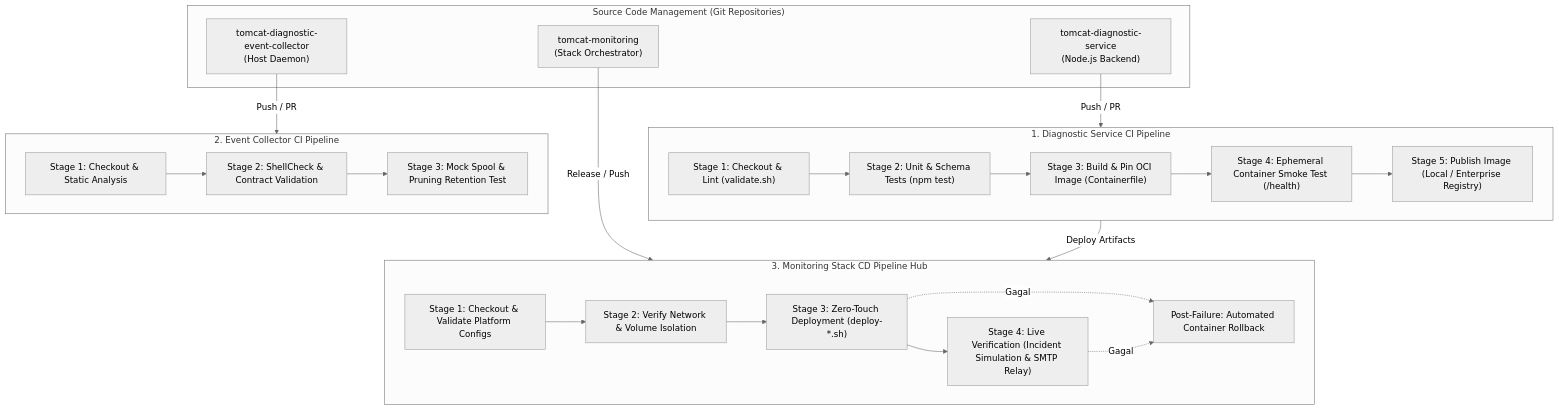
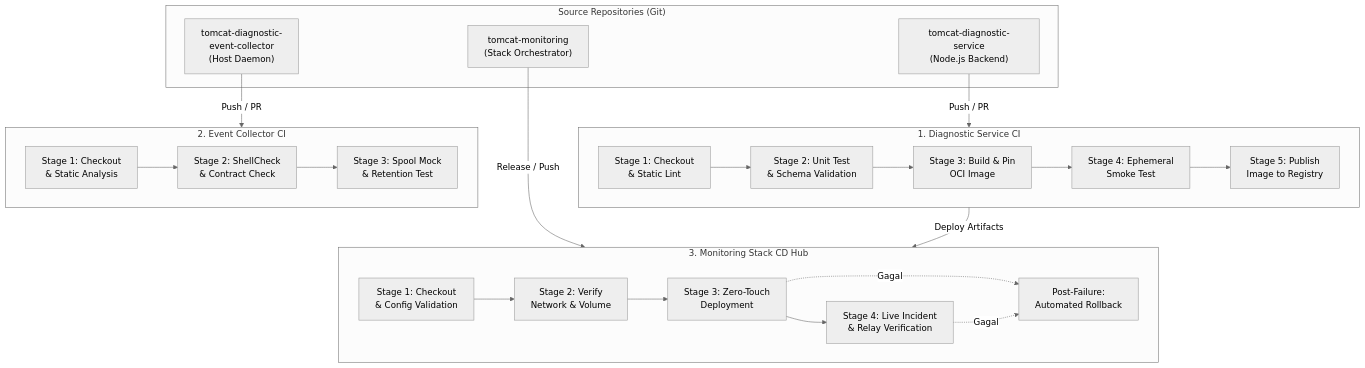
Before and after one commit to edkas07-oss/devops-handbook: the diagram in docs/adr/tomcat-monitoring/adr-records/TM-ADR-0024.md, drawn with Mermaid (neutral theme). The commit also changed other lines of this file and 5 other files, not shown here.

Commit message:
docs(journal): polish mermaid box labels, headings, and roadmap numbering in ci-cd journals

````diff
--- a/docs/adr/tomcat-monitoring/adr-records/TM-ADR-0024.md
+++ b/docs/adr/tomcat-monitoring/adr-records/TM-ADR-0024.md
@@ -86,40 +86,40 @@
 ```mermaid
 flowchart TD
-    subgraph SCM["Source Code Management (Git Repositories)"]
+    subgraph SCM["Source Repositories (Git)"]
         RepoDS["tomcat-diagnostic-service<br/>(Node.js Backend)"]
-        RepoEC["tomcat-diagnostic-event-collector<br/>(Host Daemon)"]
+        RepoEC["tomcat-diagnostic-<br/>event-collector<br/>(Host Daemon)"]
         RepoTM["tomcat-monitoring<br/>(Stack Orchestrator)"]
     end
 
-    subgraph CI_DS["1. Diagnostic Service CI Pipeline"]
-        DS1["Stage 1: Checkout & Lint (validate.sh)"]
-        DS2["Stage 2: Unit & Schema Tests (npm test)"]
-        DS3["Stage 3: Build & Pin OCI Image (Containerfile)"]
-        DS4["Stage 4: Ephemeral Container Smoke Test (/health)"]
-        DS5["Stage 5: Publish Image (Local / Enterprise Registry)"]
+    subgraph CI_DS["1. Diagnostic Service CI"]
+        DS1["Stage 1: Checkout<br/>& Static Lint"]
+        DS2["Stage 2: Unit Test<br/>& Schema Validation"]
+        DS3["Stage 3: Build & Pin<br/>OCI Image"]
+        DS4["Stage 4: Ephemeral<br/>Smoke Test"]
+        DS5["Stage 5: Publish<br/>Image to Registry"]
         DS1 --> DS2 --> DS3 --> DS4 --> DS5
     end
 
-    subgraph CI_EC["2. Event Collector CI Pipeline"]
-        EC1["Stage 1: Checkout & Static Analysis"]
-        EC2["Stage 2: ShellCheck & Contract Validation"]
-        EC3["Stage 3: Mock Spool & Pruning Retention Test"]
+    subgraph CI_EC["2. Event Collector CI"]
+        EC1["Stage 1: Checkout<br/>& Static Analysis"]
+        EC2["Stage 2: ShellCheck<br/>& Contract Check"]
+        EC3["Stage 3: Spool Mock<br/>& Retention Test"]
         EC1 --> EC2 --> EC3
     end
 
-    subgraph CD_Stack["3. Monitoring Stack CD Pipeline Hub"]
-        TM1["Stage 1: Checkout & Validate Platform Configs"]
-        TM2["Stage 2: Verify Network & Volume Isolation"]
-        TM3["Stage 3: Zero-Touch Deployment (deploy-*.sh)"]
-        TM4["Stage 4: Live Verification (Incident Simulation & SMTP Relay)"]
-        Rollback["Post-Failure: Automated Container Rollback"]
+    subgraph CD_Stack["3. Monitoring Stack CD Hub"]
+        TM1["Stage 1: Checkout<br/>& Config Validation"]
+        TM2["Stage 2: Verify<br/>Network & Volume"]
+        TM3["Stage 3: Zero-Touch<br/>Deployment"]
+        TM4["Stage 4: Live Incident<br/>& Relay Verification"]
+        Rollback["Post-Failure:<br/>Automated Rollback"]
         TM1 --> TM2 --> TM3 --> TM4
         TM3 -.->|Gagal| Rollback
         TM4 -.->|Gagal| Rollback
     end
 
     RepoDS -->|Push / PR| CI_DS
     RepoEC -->|Push / PR| CI_EC
     RepoTM -->|Release / Push| CD_Stack
     CI_DS -->|Deploy Artifacts| CD_Stack
 ```
````
